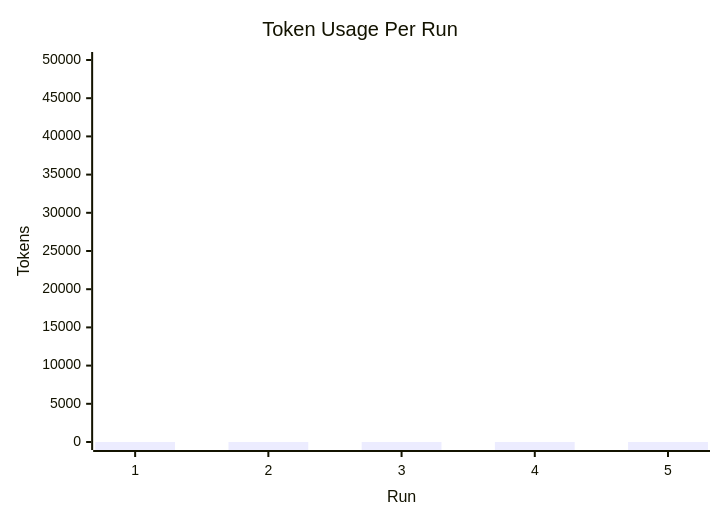
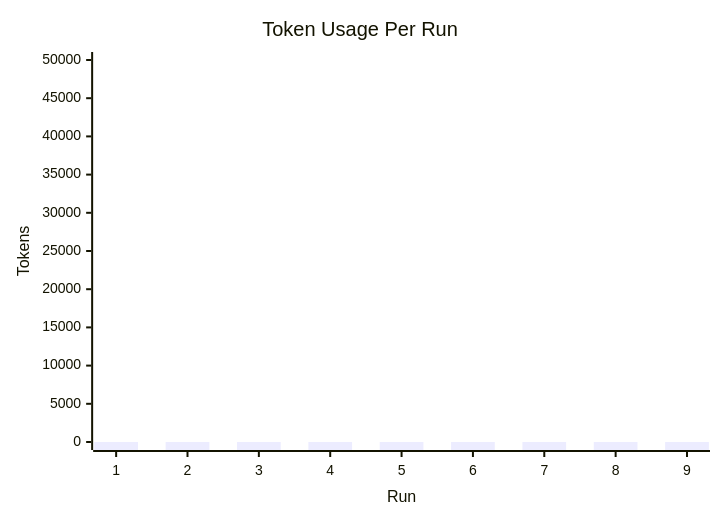
The second of 2 diagrams in reports-versioned/aggregated/run-results-dashboard.md (Jit-Paul-2008/Hexamind), drawn with Mermaid before and after one commit. The commit also changed other lines of this file and 51 other files, not shown here.

````diff
--- a/reports-versioned/aggregated/run-results-dashboard.md
+++ b/reports-versioned/aggregated/run-results-dashboard.md
@@ -23,7 +23,7 @@
 ```mermaid
 xychart-beta
     title "Token Usage Per Run"
-    x-axis "Run" [1, 2, 3, 4, 5]
+    x-axis "Run" [1, 2, 3, 4, 5, 6, 7, 8, 9]
     y-axis "Tokens" 0 --> 50000
-    bar "TokensUsed" [0, 0, 0, 0, 0]
+    bar "TokensUsed" [0, 0, 0, 0, 0, 0, 0, 0, 0]
 ```
````
